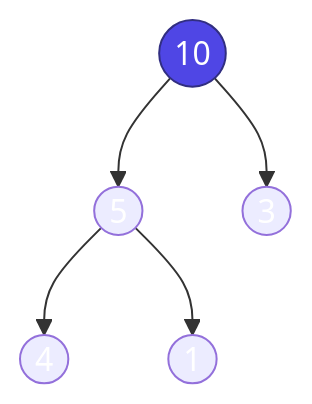
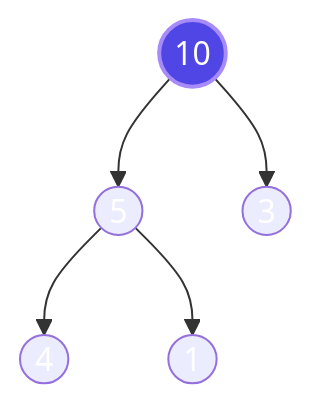
Before and after one commit to mushfiq-nehal/MS-Preparation-Handbook: the seventh of 7 diagrams in docs/01 - Data Structures & Algorithms.md, drawn with Mermaid. The commit also changed other lines of this file and 23 other files, not shown here.

Commit message:
Fix mermaid contrast in dark mode

````diff
--- a/docs/01 - Data Structures & Algorithms.md
+++ b/docs/01 - Data Structures & Algorithms.md
@@ -1064,8 +1064,8 @@
 ```mermaid
 graph TD
     A((10)):::root --> B((5))
     A --> C((3))
     B --> D((4))
     B --> E((1))
-    classDef root fill:#4f46e5,stroke:#312e81,color:#fff
+    classDef root fill:#4f46e5,stroke:#a78bfa,stroke-width:2px,color:#ffffff
 ```
````
